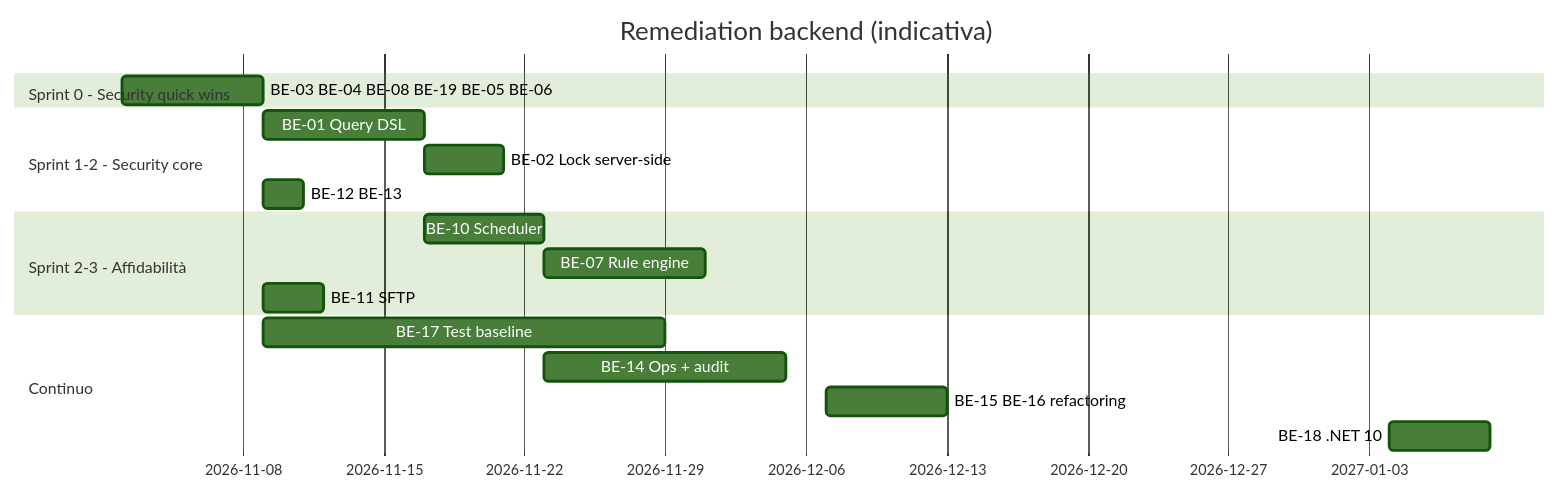
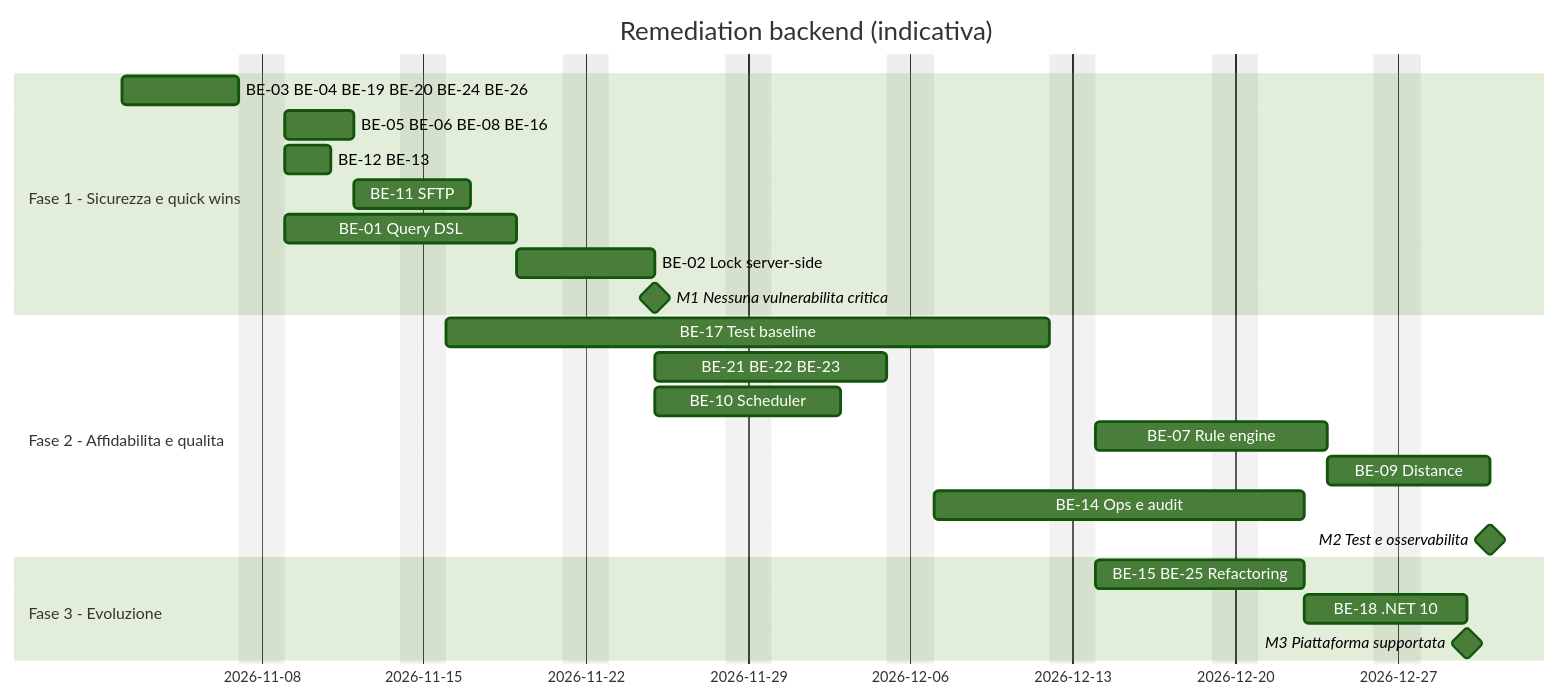
The fifth of 6 diagrams in customspa-it-loss-prevention-d098a8b97860/Docs/17_backend_deep_assessment.md (saristot/LOSS_PREVENTION), drawn with Mermaid (forest theme) before and after one commit. The commit also changed other lines of this file and 23 other files, not shown here.

````diff
--- a/customspa-it-loss-prevention-d098a8b97860/Docs/17_backend_deep_assessment.md
+++ b/customspa-it-loss-prevention-d098a8b97860/Docs/17_backend_deep_assessment.md
@@ -242,20 +958,26 @@
 ```mermaid
 gantt
   title Remediation backend (indicativa)
   dateFormat YYYY-MM-DD
-  section Sprint 0 - Security quick wins
-  BE-03 BE-04 BE-08 BE-19 BE-05 BE-06 :s0, 2026-11-02, 7d
-  section Sprint 1-2 - Security core
-  BE-01 Query DSL          :s1, after s0, 8d
-  BE-02 Lock server-side   :after s1, 4d
-  BE-12 BE-13              :after s0, 2d
-  section Sprint 2-3 - Affidabilità
-  BE-10 Scheduler          :s3, after s1, 6d
-  BE-07 Rule engine        :after s3, 8d
-  BE-11 SFTP               :after s0, 3d
-  section Continuo
-  BE-17 Test baseline      :2026-11-09, 20d
-  BE-14 Ops + audit        :2026-11-23, 12d
-  BE-15 BE-16 refactoring  :2026-12-07, 6d
-  BE-18 .NET 10            :2027-01-04, 5d
+  excludes weekends
+  section Fase 1 - Sicurezza e quick wins
+  BE-03 BE-04 BE-19 BE-20 BE-24 BE-26 :f1a, 2026-11-02, 5d
+  BE-05 BE-06 BE-08 BE-16 :f1b, after f1a, 3d
+  BE-12 BE-13 :f1c, after f1a, 2d
+  BE-11 SFTP :f1d, after f1b, 3d
+  BE-01 Query DSL :f1e, 2026-11-09, 8d
+  BE-02 Lock server-side :f1f, after f1e, 4d
+  M1 Nessuna vulnerabilita critica :milestone, m1, after f1f, 0d
+  section Fase 2 - Affidabilita e qualita
+  BE-17 Test baseline :f2a, 2026-11-16, 20d
+  BE-21 BE-22 BE-23 :f2b, after f1f, 8d
+  BE-10 Scheduler :f2c, after f1f, 6d
+  BE-07 Rule engine :f2d, after f2a f2c, 8d
+  BE-09 Distance :f2e, after f2d, 5d
+  BE-14 Ops e audit :f2f, after f2b, 12d
+  M2 Test e osservabilita :milestone, m2, after f2e, 0d
+  section Fase 3 - Evoluzione
+  BE-15 BE-25 Refactoring :f3a, after f2a, 7d
+  BE-18 .NET 10 :f3b, after f3a, 5d
+  M3 Piattaforma supportata :milestone, m3, after f3b, 0d
 ```
````
